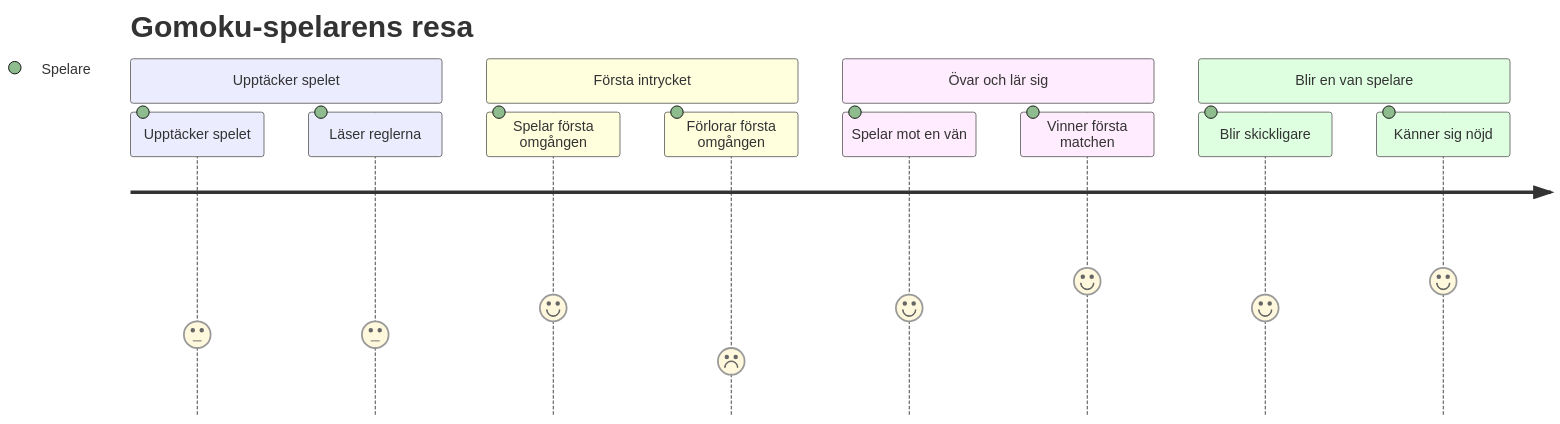
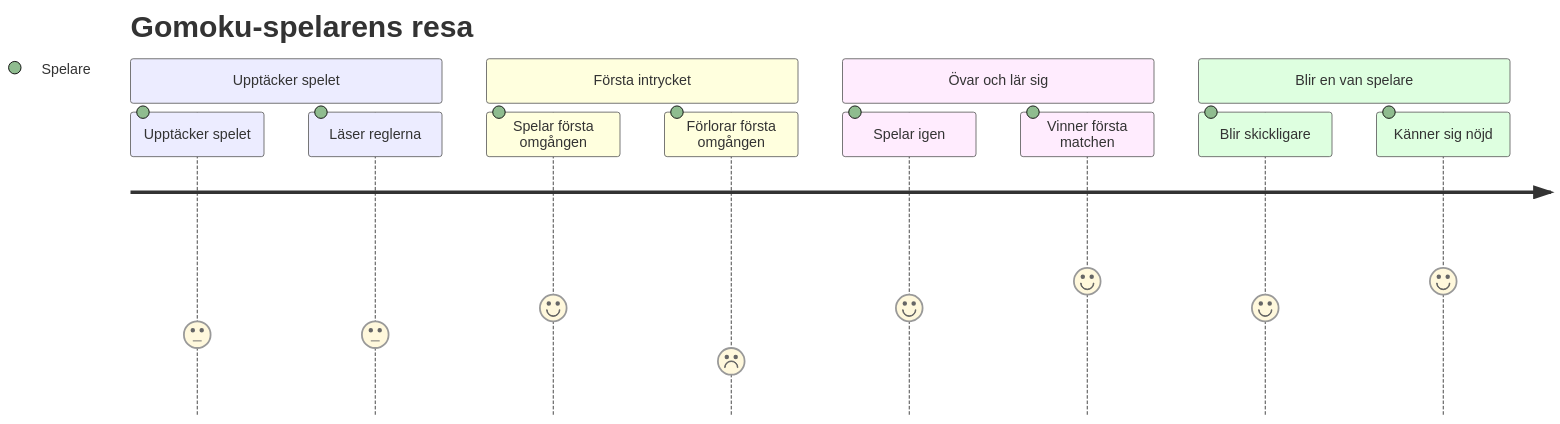
The first of 2 diagrams in docs/07-User-Journey.md (johangaume2001-dev/Grupp-5-ovning), drawn with Mermaid before and after one commit. The commit also changed other lines of this file, not shown here.

Commit message:
försökte skriva mermaid user-journey #2

````diff
--- a/docs/07-User-Journey.md
+++ b/docs/07-User-Journey.md
@@ -1,16 +5,16 @@
 ```mermaid
 journey
     title Gomoku-spelarens resa
     section Upptäcker spelet
       Upptäcker spelet: 3: Spelare
       Läser reglerna: 3: Spelare
     section Första intrycket
       Spelar första omgången: 4: Spelare
       Förlorar första omgången: 2: Spelare
     section Övar och lär sig
-      Spelar mot en vän: 4: Spelare
+      Spelar igen: 4: Spelare
       Vinner första matchen: 5: Spelare
     section Blir en van spelare
       Blir skickligare: 4: Spelare
       Känner sig nöjd: 5: Spelare
 ```
````
